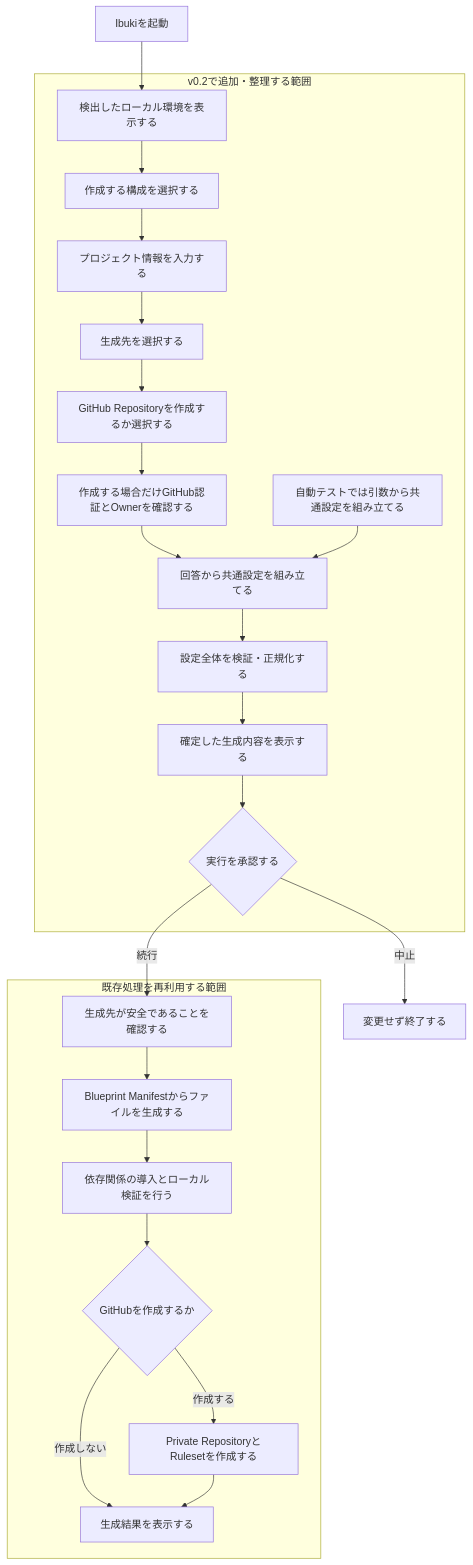
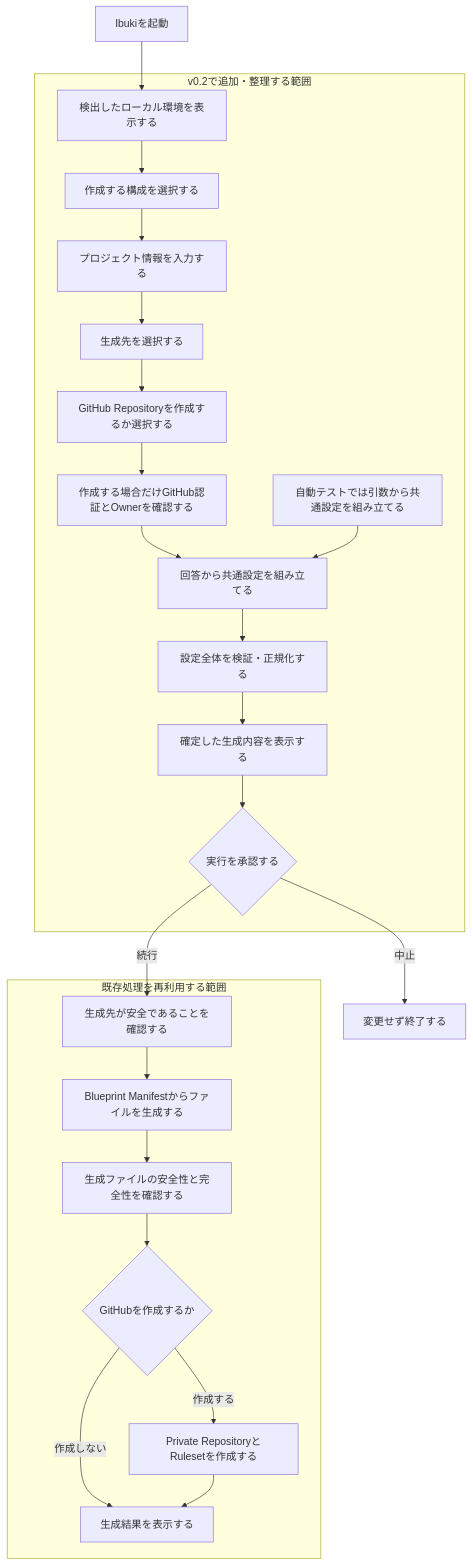
One commit to rukaruka966/ibuki-bootstrapper changed the diagram in docs/design/v0.2-wizard-flow.md. Above: the diagram before and after it, drawn with Mermaid. The commit also changed other lines of this file and 27 other files, not shown here.

````diff
--- a/docs/design/v0.2-wizard-flow.md
+++ b/docs/design/v0.2-wizard-flow.md
@@ -15,47 +15,47 @@
 ```mermaid
 flowchart TD
     Start["Ibukiを起動"]
 
     subgraph New["v0.2で追加・整理する範囲"]
         Environment["検出したローカル環境を表示する"]
         Platform["作成する構成を選択する"]
         Project["プロジェクト情報を入力する"]
         Location["生成先を選択する"]
         GitHub["GitHub Repositoryを作成するか選択する"]
         GitHubEnvironment["作成する場合だけGitHub認証とOwnerを確認する"]
         Resolve["回答から共通設定を組み立てる"]
         Validate["設定全体を検証・正規化する"]
         Preview["確定した生成内容を表示する"]
         Confirm{"実行を承認する"}
         CliArgs["自動テストでは引数から共通設定を組み立てる"]
     end
 
     subgraph Existing["既存処理を再利用する範囲"]
         Destination["生成先が安全であることを確認する"]
         Blueprint["Blueprint Manifestからファイルを生成する"]
-        LocalVerify["依存関係の導入とローカル検証を行う"]
+        LocalVerify["生成ファイルの安全性と完全性を確認する"]
         GitHubChoice{"GitHubを作成するか"}
         Provision["Private RepositoryとRulesetを作成する"]
         Complete["生成結果を表示する"]
     end
 
     Start --> Environment
     Environment --> Platform
     Platform --> Project
     Project --> Location
     Location --> GitHub
     GitHub --> GitHubEnvironment
     GitHubEnvironment --> Resolve
     CliArgs --> Resolve
     Resolve --> Validate
     Validate --> Preview
     Preview --> Confirm
     Confirm -->|中止| Stop["変更せず終了する"]
     Confirm -->|続行| Destination
     Destination --> Blueprint
     Blueprint --> LocalVerify
     LocalVerify --> GitHubChoice
     GitHubChoice -->|作成しない| Complete
     GitHubChoice -->|作成する| Provision
     Provision --> Complete
 ```
````
